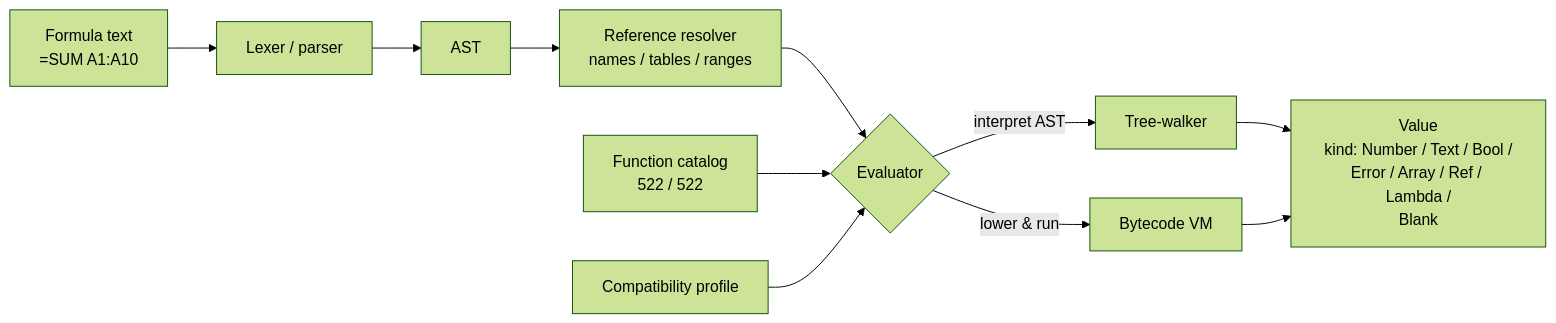
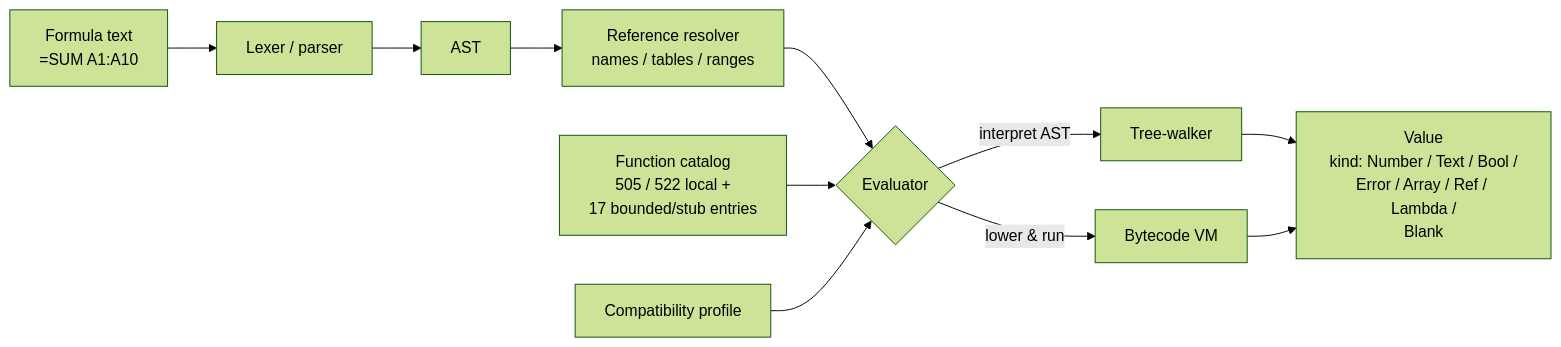
One commit to libraz/formulon-homepage changed the diagram in src/workbook/formula-engine.md. Above: the diagram before and after it, drawn with Mermaid (forest theme). The commit also changed other lines of this file and 36 other files, not shown here.

````diff
--- a/src/workbook/formula-engine.md
+++ b/src/workbook/formula-engine.md
@@ -13,13 +13,13 @@
 ```mermaid
 flowchart LR
   TXT[Formula text<br/>=SUM A1:A10] --> LEX[Lexer / parser]
   LEX --> AST[AST]
   AST --> RESOLVE[Reference resolver<br/>names / tables / ranges]
   RESOLVE --> EVAL{Evaluator}
   EVAL -->|interpret AST| TW[Tree-walker]
   EVAL -->|lower &amp; run| BC[Bytecode VM]
-  REG[Function catalog<br/>522 / 522] --> EVAL
+  REG[Function catalog<br/>505 / 522 local +<br/>17 bounded/stub entries] --> EVAL
   PROF[Compatibility profile] --> EVAL
   TW --> VAL[Value<br/>kind: Number / Text / Bool /<br/>Error / Array / Ref / Lambda /<br/>Blank]
   BC --> VAL
 ```
````
